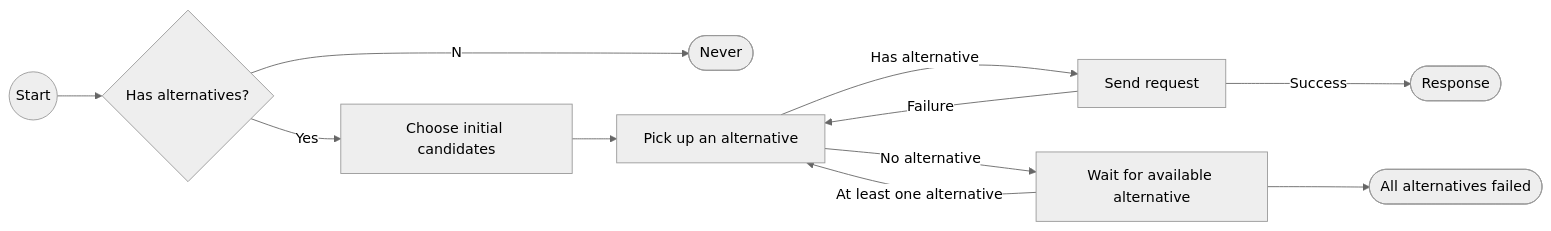
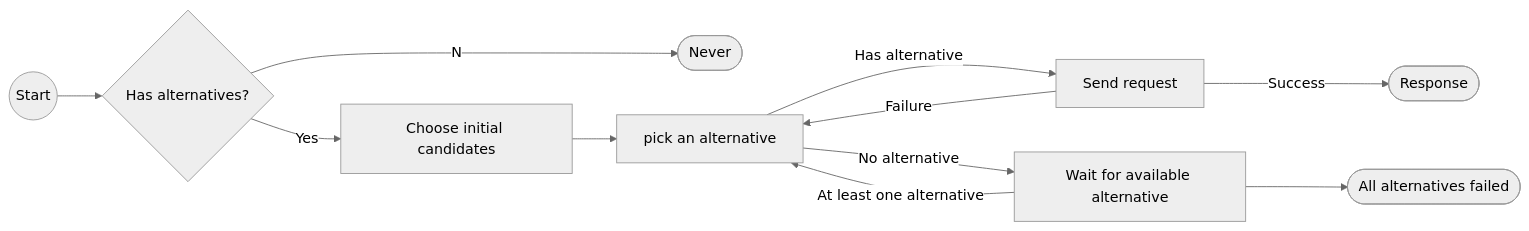
Before and after one commit to apple/foundationdb: the second of 4 diagrams in design/LoadBalancing/LoadBalancing.md, drawn with Mermaid (neutral theme). The commit also changed other lines of this file, not shown here.

````diff
--- a/design/LoadBalancing/LoadBalancing.md
+++ b/design/LoadBalancing/LoadBalancing.md
@@ -55,22 +63,22 @@
 ```mermaid
 graph LR
     H((Start))
     H0{Has alternatives?}
     H1[Choose initial candidates]
     H4([Never])
-    H5[Pick up an alternative]
+    H5[pick an alternative]
     H6[Send request]
     H7[Wait for available alternative]
     H8([Response])
     H9([All alternatives failed])
 
     H --> H0 --No--> H4
     H0 --Yes--> H1
     H1 --> H5
     H5 --Has alternative--> H6
     H5 --No alternative-->H7
     H6 --Success--> H8
     H6 --Failure--> H5
     H7 --At least one alternative--> H5
     H7 --> H9
 ```
````
